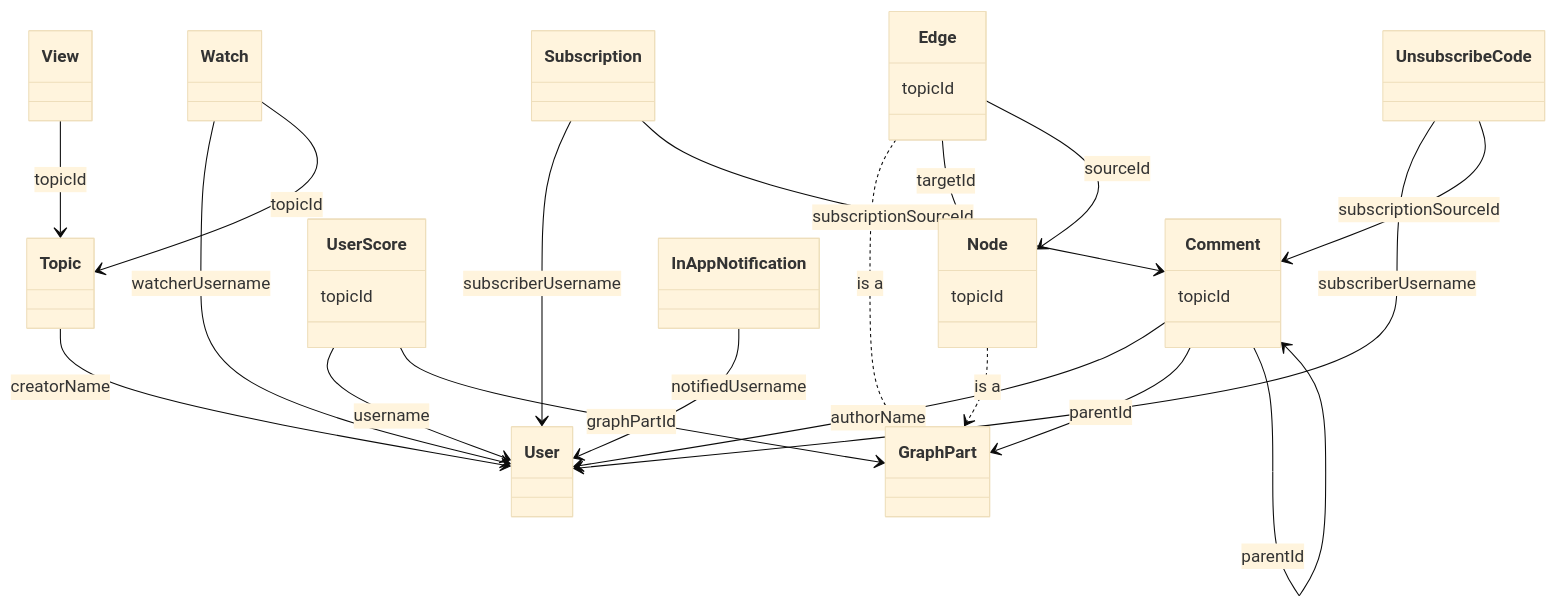
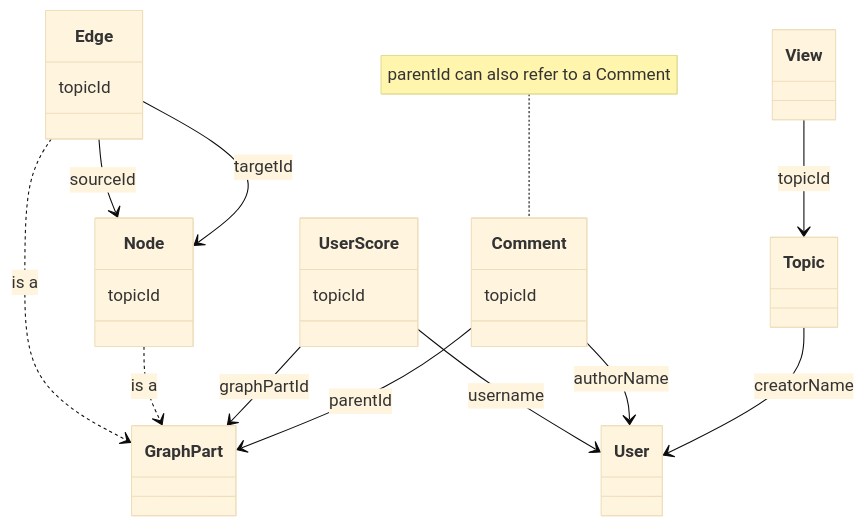
Before and after one commit to amelioro/ameliorate: the first of 2 diagrams in design-docs/database-schema.md, drawn with Mermaid (base theme). The commit also changed other lines of this file, not shown here.

Commit message:
docs(schema): split diagram to split complexity

````diff
--- a/design-docs/database-schema.md
+++ b/design-docs/database-schema.md
@@ -12,46 +14,37 @@
 ```mermaid
 classDiagram
   Topic --> User: creatorName
+
+  Comment --> User: authorName
+  Comment --> GraphPart: parentId
+
+  UserScore --> User: username
+  UserScore --> GraphPart: graphPartId
+
 
   Node ..> GraphPart : is a
   Edge ..> GraphPart : is a
 
   Edge --> Node: targetId
   Edge --> Node: sourceId
 
-  UserScore --> User: username
-  UserScore --> GraphPart: graphPartId
-
   View --> Topic: topicId
-
-  Comment --> User: authorName
-  Comment --> GraphPart: parentId
-  Comment --> Comment: parentId
-
-  InAppNotification --> User: notifiedUsername
-
-  Watch --> User: watcherUsername
-  Watch --> Topic: topicId
-
-  Subscription --> User: subscriberUsername
-  Subscription --> Comment: subscriptionSourceId
-
-  UnsubscribeCode --> User: subscriberUsername
-  UnsubscribeCode --> Comment: subscriptionSourceId
 
   class Node {
     topicId
   }
 
   class Edge {
     topicId
   }
 
   class UserScore {
     topicId
   }
 
+  note for Comment "parentId can also refer to a Comment"
   class Comment {
     topicId
   }
+
 ```
````
